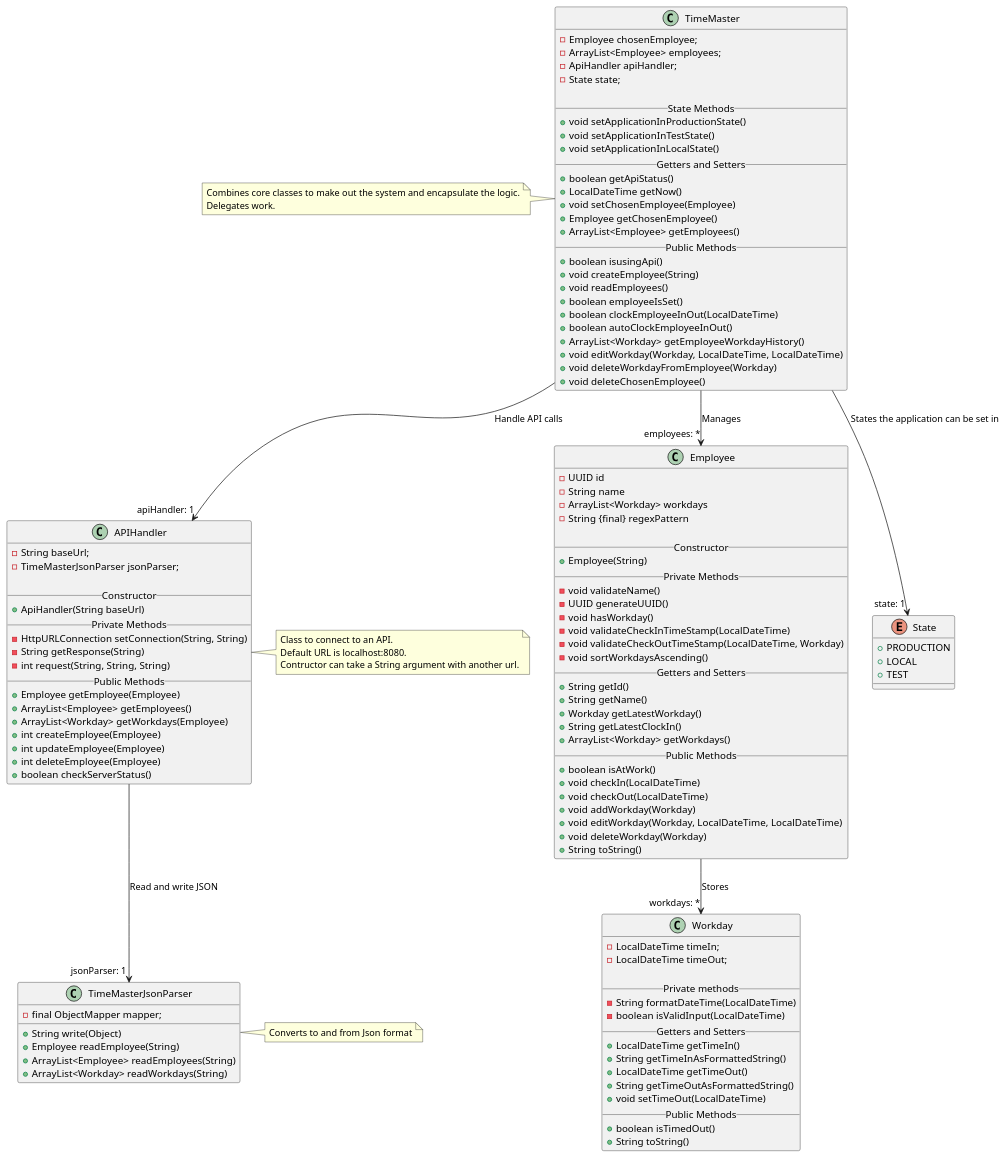
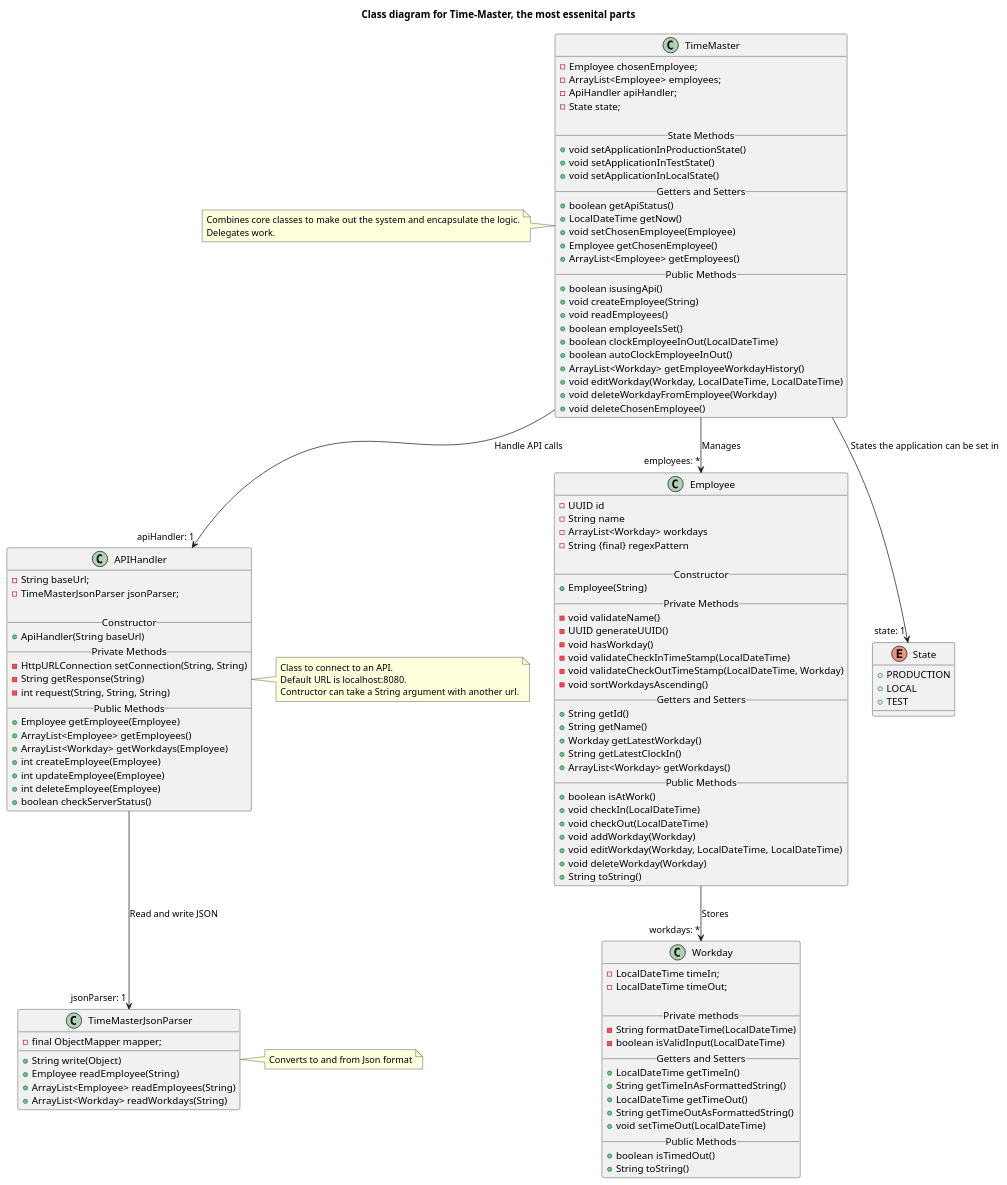
The diagram in docs/diagrams/classdiagram2.plantuml (sleipner01/TimeMaster), drawn with PlantUML before and after one commit. The commit also changed 2 other files, not shown here.

Commit message:
Added class diagram to release 3

```diff
--- a/docs/diagrams/classdiagram2.plantuml
+++ b/docs/diagrams/classdiagram2.plantuml
@@ -1,129 +1,131 @@
 @startuml Time Master
+
+title Class diagram for Time-Master, the most essenital parts
 
 class TimeMaster {
   - Employee chosenEmployee;
   - ArrayList<Employee> employees;
   - ApiHandler apiHandler;
   - State state;
 
   __State Methods__
   + void setApplicationInProductionState()
   + void setApplicationInTestState()
   + void setApplicationInLocalState()
   __Getters and Setters__
   + boolean getApiStatus()
   + LocalDateTime getNow()
   + void setChosenEmployee(Employee)
   + Employee getChosenEmployee()
   + ArrayList<Employee> getEmployees()
   __Public Methods__
   + boolean isusingApi()
   + void createEmployee(String)
   + void readEmployees()
   + boolean employeeIsSet()
   + boolean clockEmployeeInOut(LocalDateTime) 
   + boolean autoClockEmployeeInOut() 
   + ArrayList<Workday> getEmployeeWorkdayHistory() 
   + void editWorkday(Workday, LocalDateTime, LocalDateTime)
   + void deleteWorkdayFromEmployee(Workday)
   + void deleteChosenEmployee()
 }
 note left: Combines core classes to make out the system and encapsulate the logic.\nDelegates work.
 
 class Employee{
   - UUID id
   - String name
   - ArrayList<Workday> workdays
   - String {final} regexPattern
 
   __Constructor__
   + Employee(String)
   __Private Methods__
   - void validateName()
   - UUID generateUUID()
   - void hasWorkday()
   - void validateCheckInTimeStamp(LocalDateTime)
   - void validateCheckOutTimeStamp(LocalDateTime, Workday)
   - void sortWorkdaysAscending()
   __Getters and Setters__
   + String getId()
   + String getName()
   + Workday getLatestWorkday()
   + String getLatestClockIn()
   + ArrayList<Workday> getWorkdays()
   __Public Methods__
   + boolean isAtWork()
   + void checkIn(LocalDateTime)
   + void checkOut(LocalDateTime)
   + void addWorkday(Workday)
   + void editWorkday(Workday, LocalDateTime, LocalDateTime)
   + void deleteWorkday(Workday)
   + String toString()
 }
 
 class Workday{
   - LocalDateTime timeIn;
   - LocalDateTime timeOut;
 
   __Private methods__
   - String formatDateTime(LocalDateTime)
   - boolean isValidInput(LocalDateTime)
   __Getters and Setters__
   + LocalDateTime getTimeIn()
   + String getTimeInAsFormattedString() 
   + LocalDateTime getTimeOut()
   + String getTimeOutAsFormattedString()
   + void setTimeOut(LocalDateTime)
   __Public Methods__
   + boolean isTimedOut()
   + String toString()
 }
 
 
 class APIHandler{
   - String baseUrl;
   - TimeMasterJsonParser jsonParser;
 
   __Constructor__
   + ApiHandler(String baseUrl) 
   __Private Methods__
   - HttpURLConnection setConnection(String, String)
   - String getResponse(String)
   - int request(String, String, String)
   __Public Methods__
   + Employee getEmployee(Employee)
   + ArrayList<Employee> getEmployees()
   + ArrayList<Workday> getWorkdays(Employee)
   + int createEmployee(Employee)
   + int updateEmployee(Employee)
   + int deleteEmployee(Employee)
   + boolean checkServerStatus()
 }
 note right: Class to connect to an API.\nDefault URL is localhost:8080.\nContructor can take a String argument with another url.
 
 
 class TimeMasterJsonParser{
   - final ObjectMapper mapper;
 
   + String write(Object)
   + Employee readEmployee(String)
   + ArrayList<Employee> readEmployees(String) 
   + ArrayList<Workday> readWorkdays(String) 
 }
 note right: Converts to and from Json format
 
 enum State {
   + PRODUCTION
   + LOCAL
   + TEST
 } 
 
 
 TimeMaster --> "employees: *" Employee : Manages
 TimeMaster --> "state: 1" State : States the application can be set in
 Employee --> "workdays: *" Workday : Stores
 TimeMaster --> "apiHandler: 1" APIHandler : Handle API calls
 APIHandler --> "jsonParser: 1" TimeMasterJsonParser : Read and write JSON
 
 
 @enduml
```
